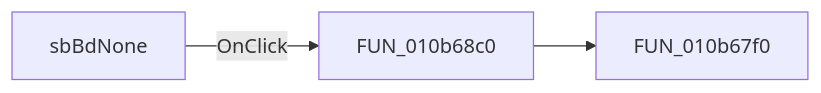
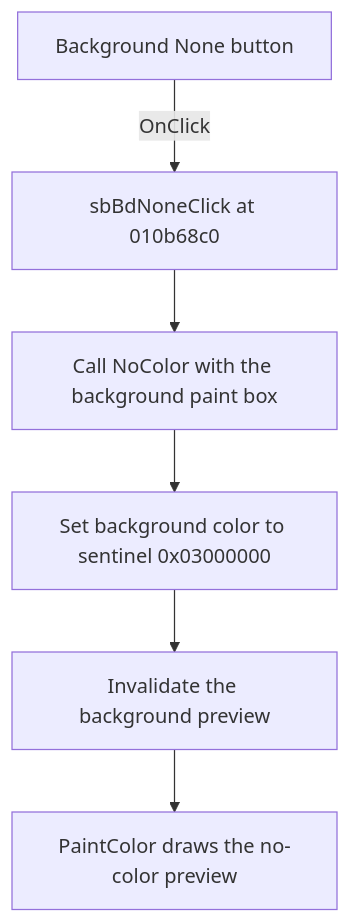
One commit to MovGP0/TIARA changed the diagram in docs/ui-controls/wmfpropsdlg/sbbdnone-9ac4fa96f9.md. Above: the diagram before and after it, drawn with Mermaid. The commit also changed other lines of this file and 1062 other files, not shown here.

````diff
--- a/docs/ui-controls/wmfpropsdlg/sbbdnone-9ac4fa96f9.md
+++ b/docs/ui-controls/wmfpropsdlg/sbbdnone-9ac4fa96f9.md
@@ -27,5 +29,8 @@
 ```mermaid
-flowchart LR
-    control["sbBdNone"] -->|OnClick| handler["FUN_010b68c0"]
-    handler --> call1["FUN_010b67f0"]
+flowchart TD
+    control["Background None button"] -->|OnClick| handler["sbBdNoneClick at 010b68c0"]
+    handler --> shared["Call NoColor with the background paint box"]
+    shared --> clear["Set background color to sentinel 0x03000000"]
+    clear --> refresh["Invalidate the background preview"]
+    refresh --> paint["PaintColor draws the no-color preview"]
 ```
````
